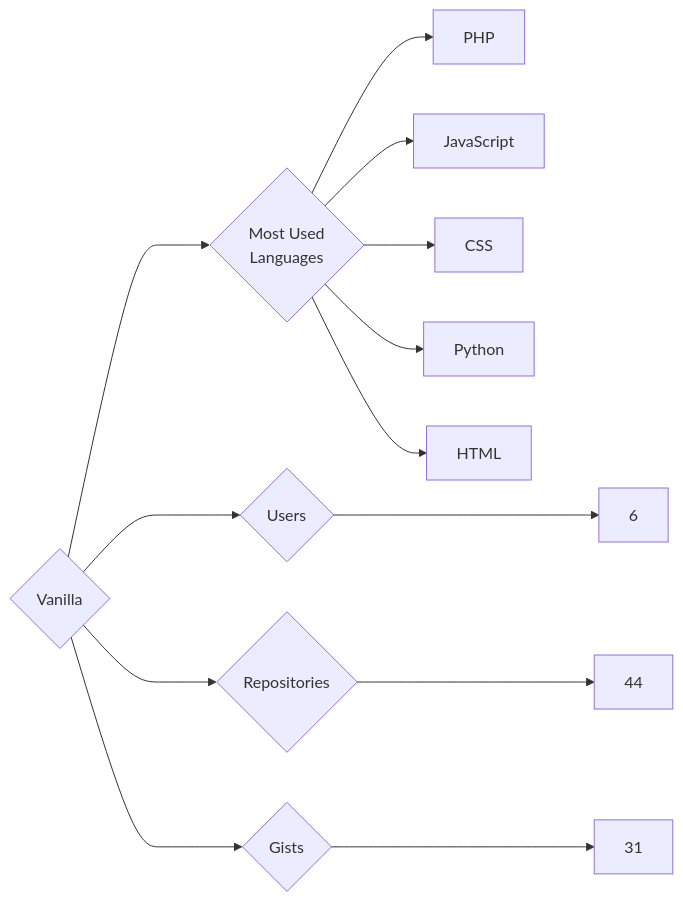
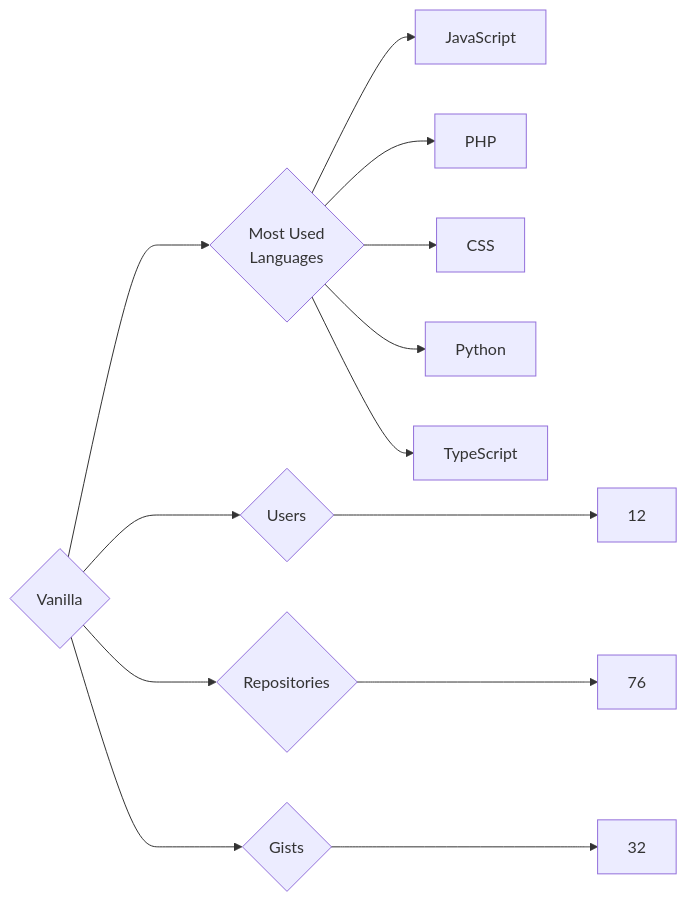
One commit to trickest/insiders changed the diagram in targets/Vanilla/README.md. Above: the diagram before and after it, drawn with Mermaid. The commit also changed 903 other files, not shown here.

````diff
--- a/targets/Vanilla/README.md
+++ b/targets/Vanilla/README.md
@@ -3,13 +3,13 @@
 ```mermaid
 graph LR
 COMPANY_NAME{Vanilla}
-COMPANY_NAME ---> U{Users} ---> UN[6]
-COMPANY_NAME ---> R{Repositories} ---> RN[44]
-COMPANY_NAME ---> G{Gists} ---> GN[31]
+COMPANY_NAME ---> U{Users} ---> UN[12]
+COMPANY_NAME ---> R{Repositories} ---> RN[76]
+COMPANY_NAME ---> G{Gists} ---> GN[32]
 COMPANY_NAME ---> ML{Most Used<br>Languages}
+ML --> JavaScript[JavaScript]
 ML --> PHP[PHP]
-ML --> JavaScript[JavaScript]
 ML --> CSS[CSS]
 ML --> Python[Python]
-ML --> HTML[HTML]
+ML --> TypeScript[TypeScript]
 ```
````
